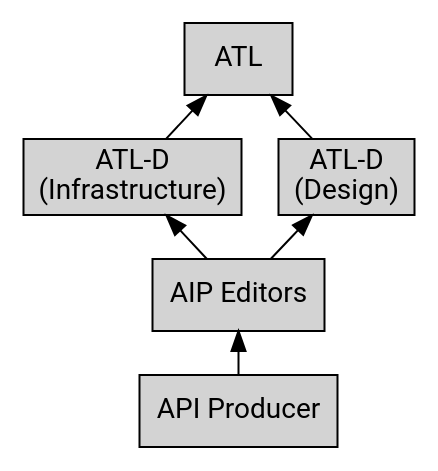
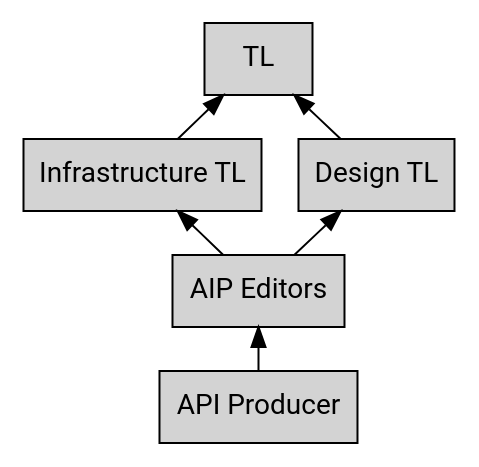
Before and after one commit to aip-dev/google.aip.dev: the first of 2 diagrams in aip/0001.md, drawn with Graphviz. The commit also changed other lines of this file, not shown here.

First line of the commit message:
Changes to avoid ATL/ATLD terminology

````diff
--- a/aip/0001.md
+++ b/aip/0001.md
@@ -58,17 +58,17 @@
 ```graphviz
 digraph d_front_back {
   rankdir=BT;
   ranksep=0.3;
   node [ style="filled,solid" shape=box fontname="Roboto" ];
 
   producer [ label="API Producer" ];
   editors [ label="AIP Editors" ];
-  atld_infra [ label="ATL-D\n(Infrastructure)" ];
-  atld_design [ label="ATL-D\n(Design)" ];
-  atl [ label="ATL" ];
+  tl_infra [ label="Infrastructure TL" ];
+  tl_design [ label="Design TL" ];
+  tl [ label="TL" ];
 
   producer -> editors;
-  editors -> atld_infra -> atl;
-  editors -> atld_design -> atl;
+  editors -> tl_infra -> tl;
+  editors -> tl_design -> tl;
 }
 ```
````
